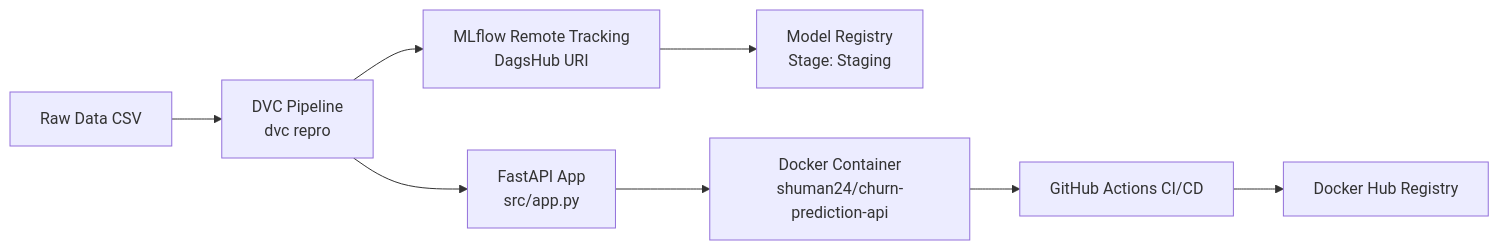
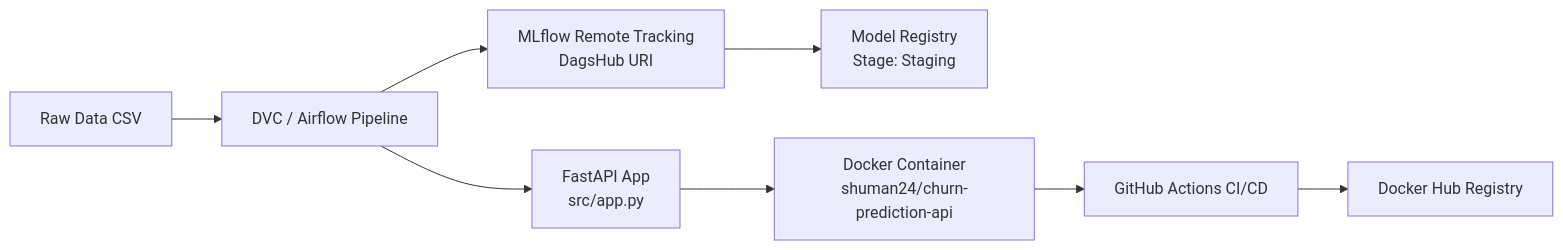
One commit to sujat-khan/Churn-Mlops-Pipeline changed the diagram in README.md. Above: the diagram before and after it, drawn with Mermaid. The commit also changed other lines of this file, not shown here.

````diff
--- a/README.md
+++ b/README.md
@@ -27,10 +28,10 @@
 ```mermaid
 flowchart LR
-    A[Raw Data CSV] --> B[DVC Pipeline<br/>dvc repro]
+    A[Raw Data CSV] --> B[DVC / Airflow Pipeline]
     B --> C[MLflow Remote Tracking<br/>DagsHub URI]
     C --> D[Model Registry<br/>Stage: Staging]
     B --> E[FastAPI App<br/>src/app.py]
     E --> F[Docker Container<br/>shuman24/churn-prediction-api]
     F --> G[GitHub Actions CI/CD]
     G --> H[Docker Hub Registry]
 ```
````
